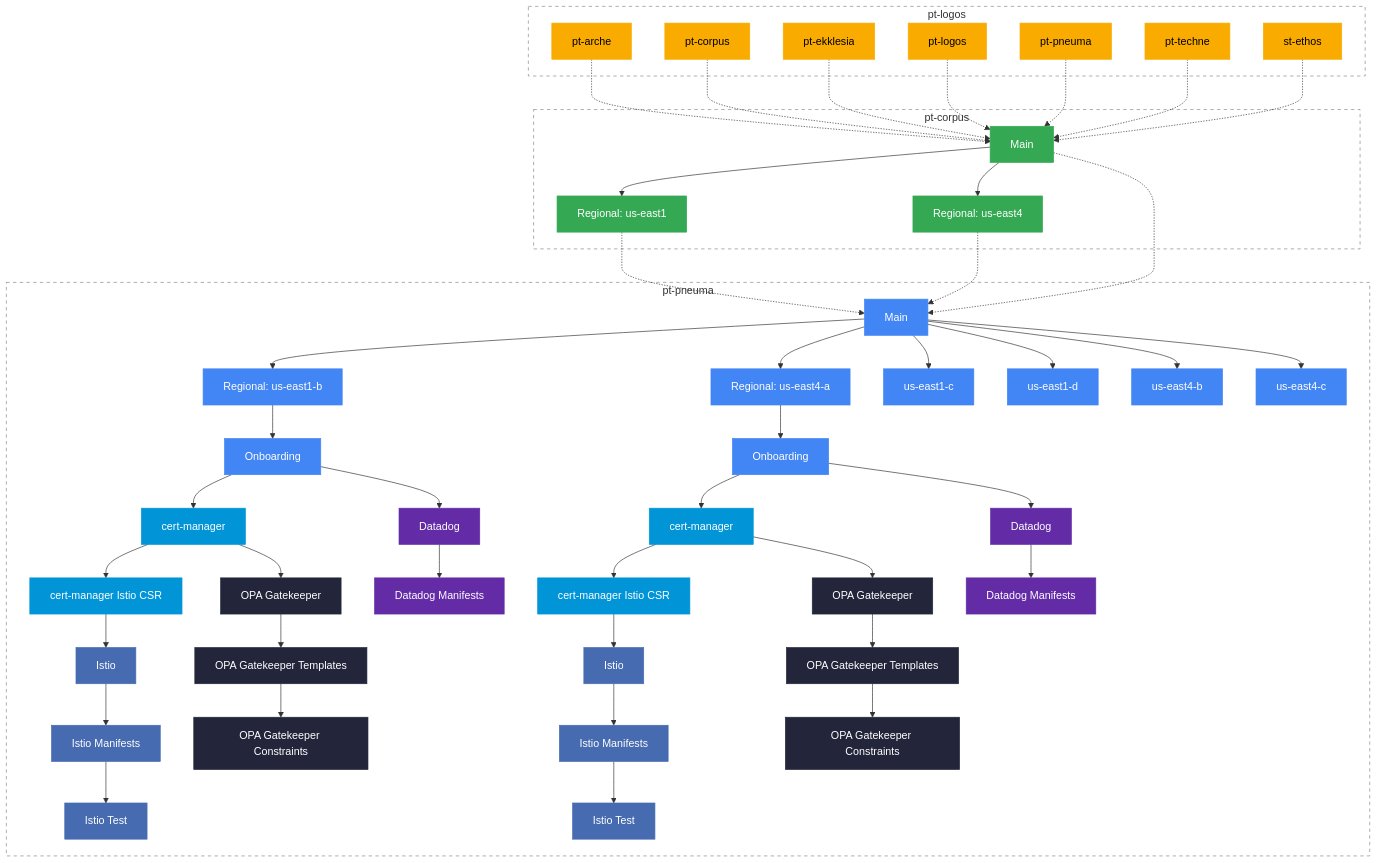
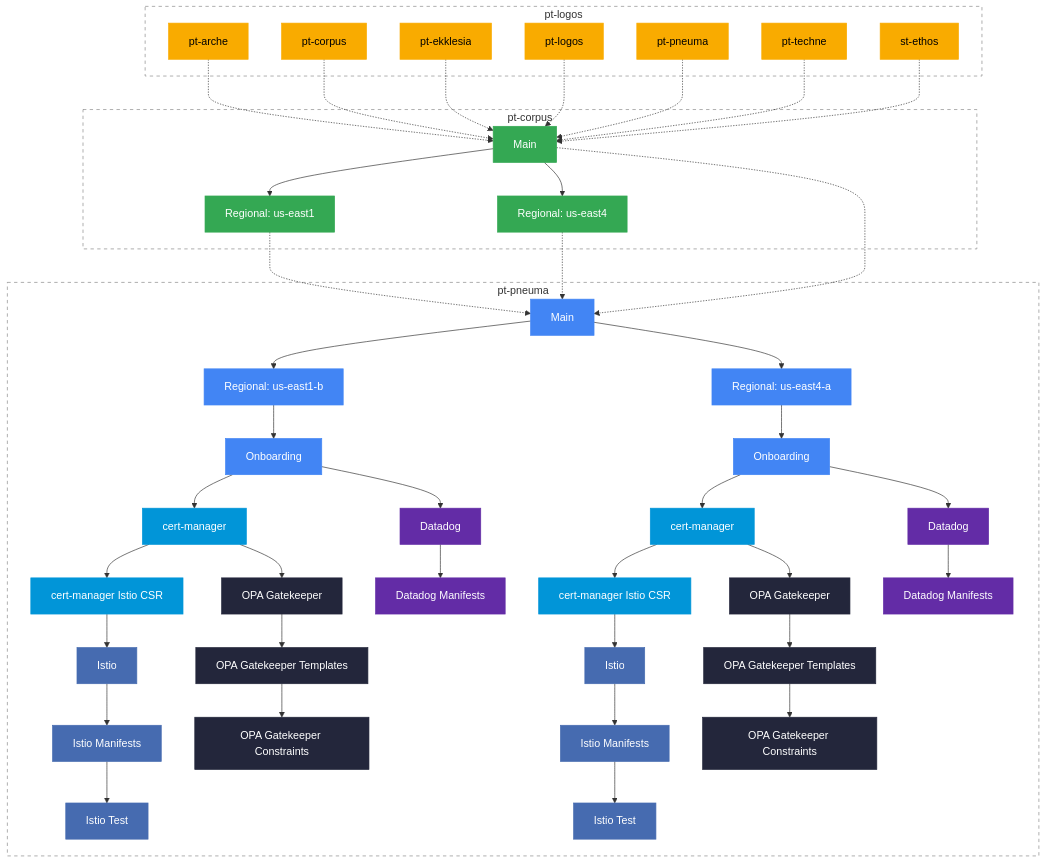
One commit to osinfra-io/pt-logos changed the diagram in README.md. Above: the diagram before and after it, drawn with Mermaid.

Commit message:
Remove collapsed zone nodes from deployment diagram

```diff
--- a/README.md
+++ b/README.md
@@ -116,15 +116,6 @@
         z2_opa_gatekeeper --> z2_opa_templates
         z2_opa_templates --> z2_opa_constraints
 
-        pneuma_us_east1_c["us-east1-c"]:::gke
-        pneuma_us_east1_d["us-east1-d"]:::gke
-        pneuma_us_east4_b["us-east4-b"]:::gke
-        pneuma_us_east4_c["us-east4-c"]:::gke
-
-        pneuma_main --> pneuma_us_east1_c
-        pneuma_main --> pneuma_us_east1_d
-        pneuma_main --> pneuma_us_east4_b
-        pneuma_main --> pneuma_us_east4_c
     end
 
     logos_arche -.-> corpus_main
```
